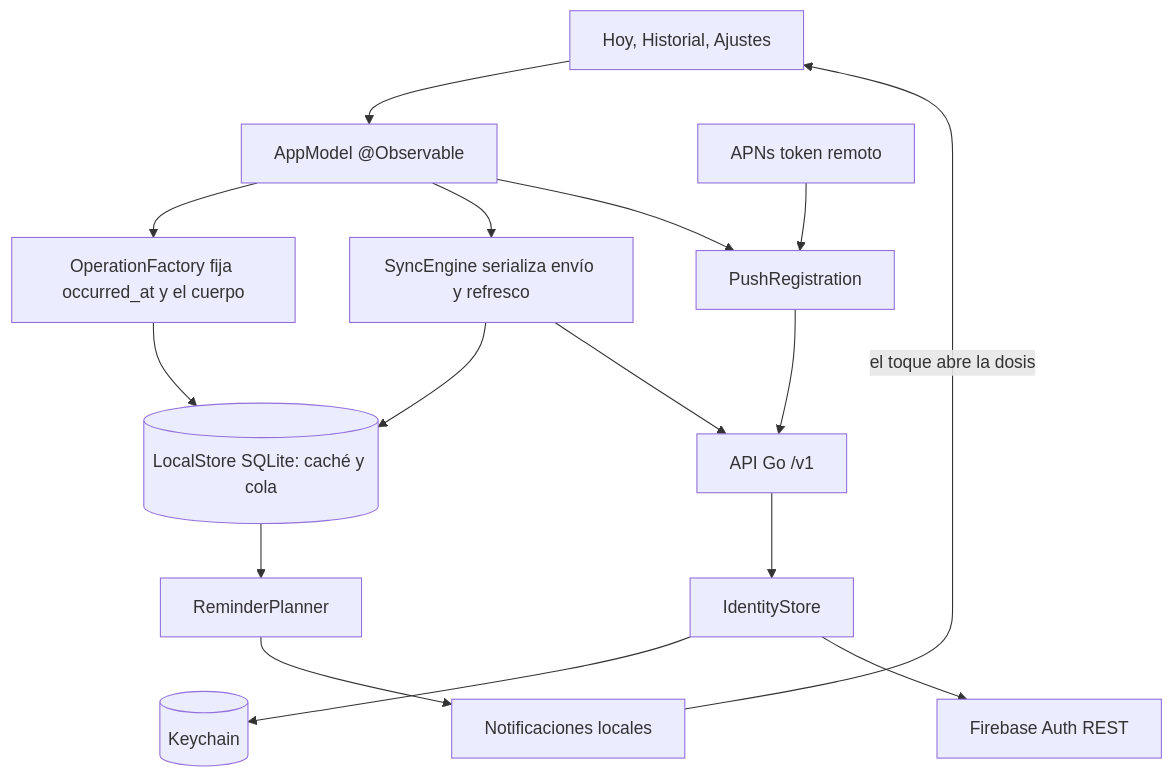
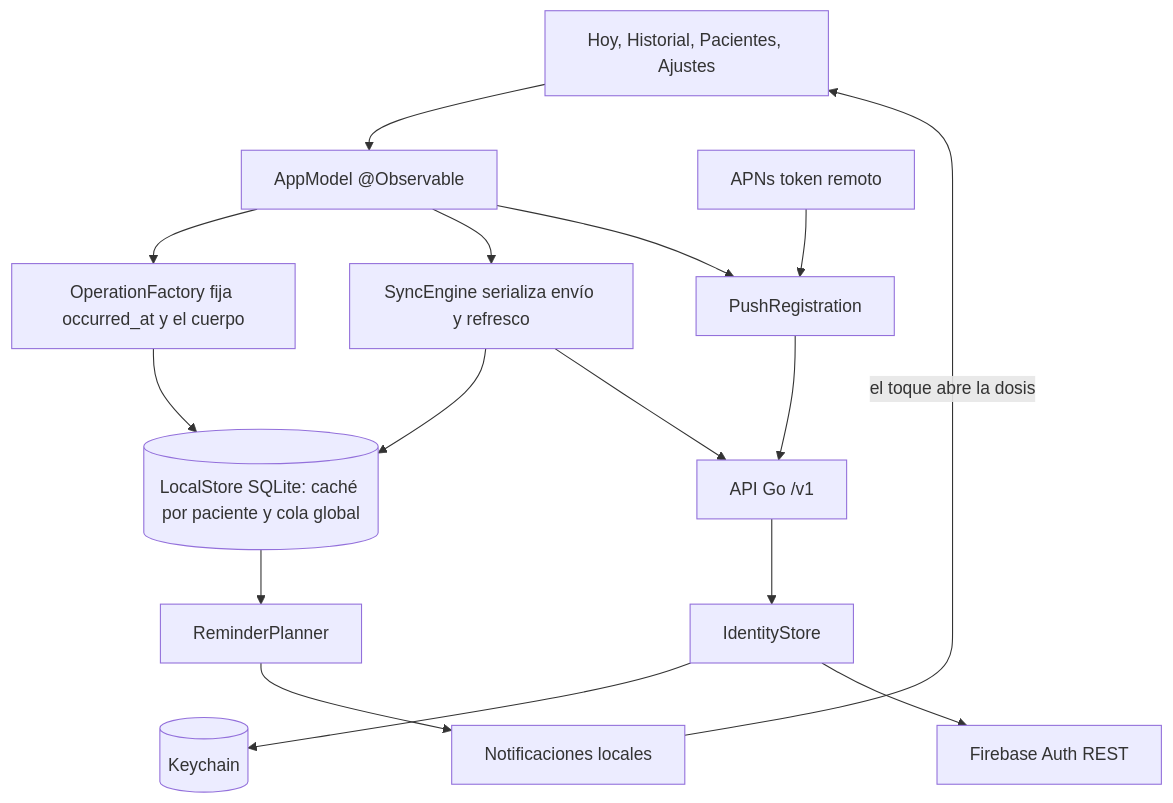
One commit to Nandem1/nndsk-medication-tracker changed the first of 3 diagrams in apps/ios/docs/00-home.md. Above: the diagram before and after it, drawn with Mermaid. The commit also changed other lines of this file and 37 other files, not shown here.

````diff
--- a/apps/ios/docs/00-home.md
+++ b/apps/ios/docs/00-home.md
@@ -5,18 +5,18 @@
 ```mermaid
 flowchart TB
-    UI[Hoy, Historial, Ajustes] --> Model[AppModel @Observable]
+    UI[Hoy, Historial, Pacientes, Ajustes] --> Model[AppModel @Observable]
     Model --> Factory[OperationFactory fija occurred_at y el cuerpo]
-    Factory --> Store[(LocalStore SQLite: caché y cola)]
+    Factory --> Store[(LocalStore SQLite: caché por paciente y cola global)]
     Model --> Sync[SyncEngine serializa envío y refresco]
     Sync --> Store
     Sync --> API[API Go /v1]
     API --> Tokens[IdentityStore]
     Tokens --> Keychain[(Keychain)]
     Tokens --> Firebase[Firebase Auth REST]
     Store --> Planner[ReminderPlanner]
     Planner --> Notifications[Notificaciones locales]
     Notifications -->|el toque abre la dosis| UI
     APNs[APNs token remoto] --> Push[PushRegistration]
     Model --> Push
     Push --> API
 ```
````
